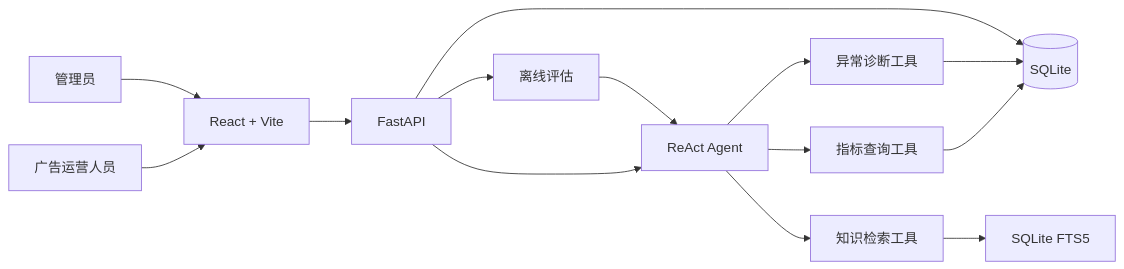
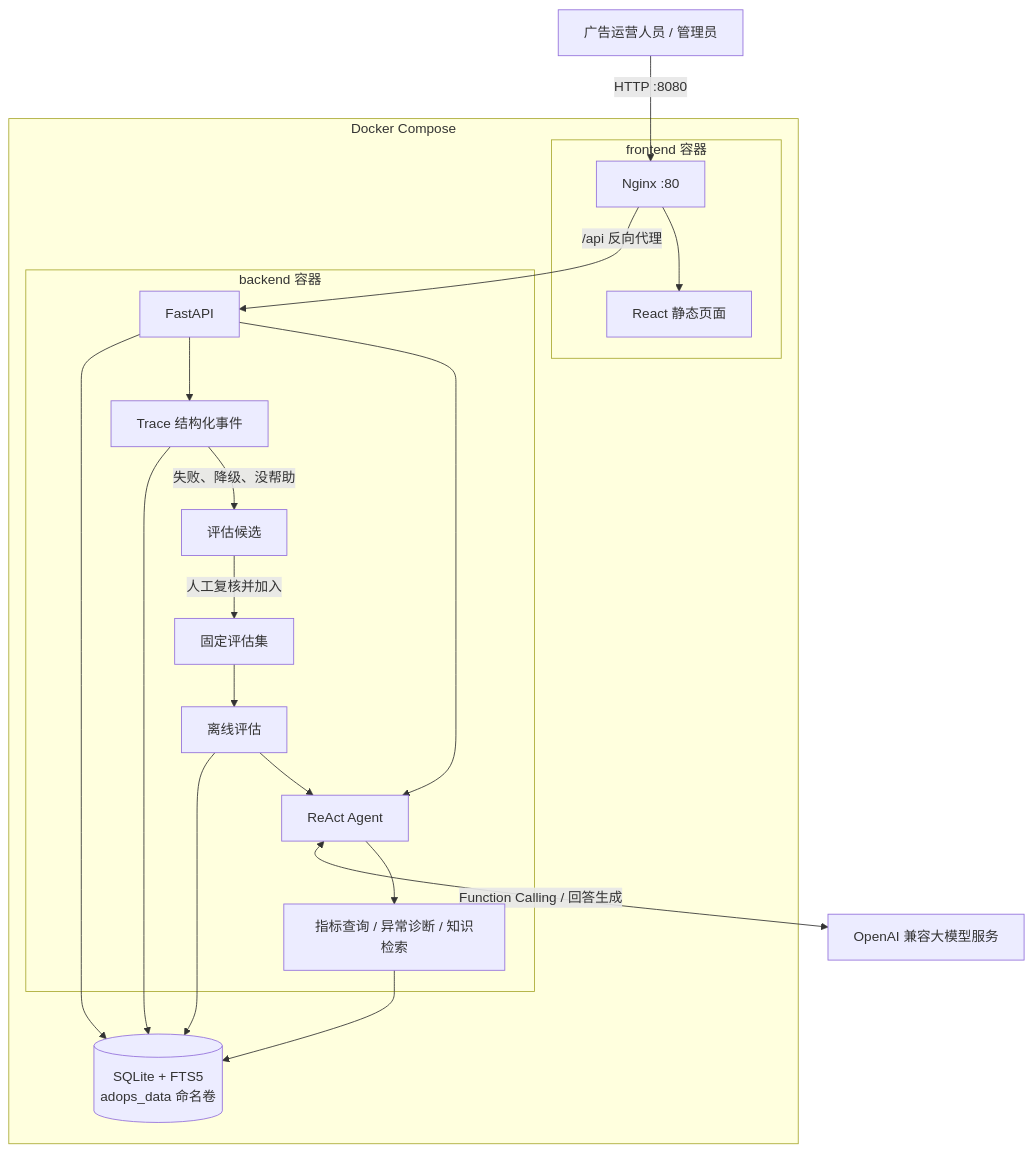
One commit to 00loveU/adops-support-copilot changed the diagram in README.md. Above: the diagram before and after it, drawn with Mermaid. The commit also changed other lines of this file and 24 other files, not shown here.

````diff
--- a/README.md
+++ b/README.md
@@ -19,16 +20,39 @@
 ```mermaid
-flowchart LR
-    U[广告运营人员] --> FE[React + Vite]
-    FE --> API[FastAPI]
-    API --> AGENT[ReAct Agent]
-    AGENT --> M[指标查询工具]
-    AGENT --> D[异常诊断工具]
-    AGENT --> K[知识检索工具]
-    M --> DB[(SQLite)]
-    D --> DB
-    K --> FTS[SQLite FTS5]
-    API --> DB
-    ADMIN[管理员] --> FE
-    API --> EVAL[离线评估]
-    EVAL --> AGENT
+flowchart TB
+    USER[广告运营人员 / 管理员]
+    LLM[OpenAI 兼容大模型服务]
+
+    subgraph DOCKER[Docker Compose]
+        subgraph WEB[frontend 容器]
+            NGINX[Nginx :80]
+            REACT[React 静态页面]
+            NGINX --> REACT
+        end
+
+        subgraph BACKEND[backend 容器]
+            API[FastAPI]
+            AGENT[ReAct Agent]
+            TOOLS[指标查询 / 异常诊断 / 知识检索]
+            TRACE[Trace 结构化事件]
+            CANDIDATE[评估候选]
+            CASES[固定评估集]
+            EVAL[离线评估]
+
+            API --> AGENT --> TOOLS
+            API --> TRACE
+            TRACE -->|失败、降级、没帮助| CANDIDATE
+            CANDIDATE -->|人工复核并加入| CASES
+            CASES --> EVAL --> AGENT
+        end
+
+        DATA[(SQLite + FTS5\nadops_data 命名卷)]
+        API --> DATA
+        TOOLS --> DATA
+        TRACE --> DATA
+        EVAL --> DATA
+    end
+
+    USER -->|HTTP :8080| NGINX
+    NGINX -->|/api 反向代理| API
+    AGENT <-->|Function Calling / 回答生成| LLM
 ```
````
